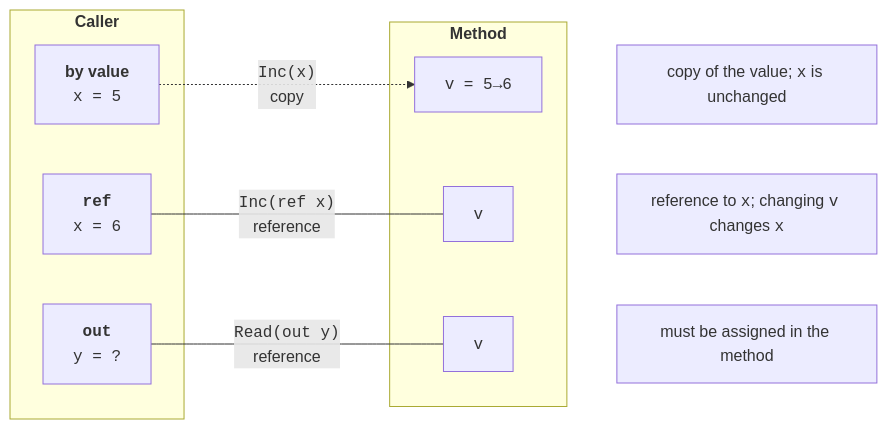
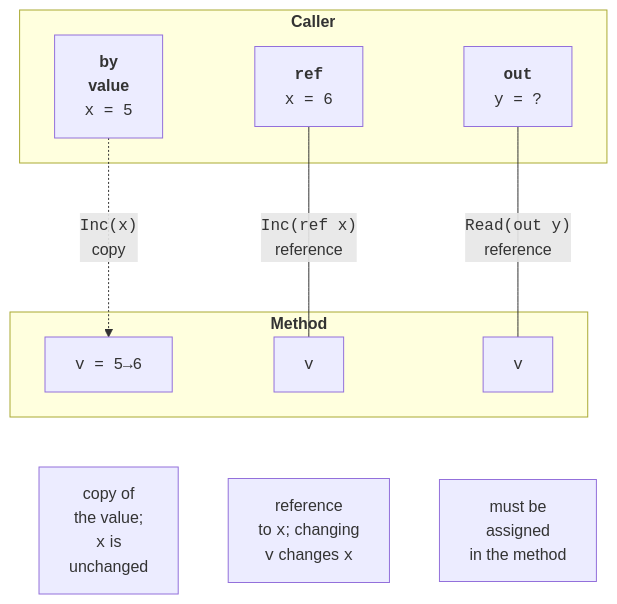
The diagram in src/courses/csharp/05-methods/parameters.md (musicvano/Blog), drawn with Mermaid before and after one commit. The commit also changed other lines of this file and 583 other files, not shown here.

````diff
--- a/src/courses/csharp/05-methods/parameters.md
+++ b/src/courses/csharp/05-methods/parameters.md
@@ -40,19 +40,19 @@
 ```mermaid
-flowchart LR
+flowchart TB
   subgraph CALLER ["<b>Caller</b>"]
-    X1["<b>by value</b><br><code>x = 5</code>"]
+    X1["<b>by<br>value</b><br><code>x = 5</code>"]
     X2["<b><code>ref</code></b><br><code>x = 6</code>"]
     Y3["<b><code>out</code></b><br><code>y = ?</code>"]
   end
   subgraph METHOD ["<b>Method</b>"]
     V1["<code>v = 5→6</code>"]
     V2["<code>v</code>"]
     V3["<code>v</code>"]
   end
   X1 -.->|"<code>Inc(x)</code><br>copy"| V1
   X2 <---|"<code>Inc(ref x)</code><br>reference"| V2
   Y3 <---|"<code>Read(out y)</code><br>reference"| V3
-  V1 ~~~ N1["copy of the value; <code>x</code> is unchanged"]
-  V2 ~~~ N2["reference to <code>x</code>; changing <code>v</code> changes <code>x</code>"]
-  V3 ~~~ N3["must be assigned in the method"]
+  V1 ~~~ N1["copy of<br>the value;<br><code>x</code> is<br>unchanged"]
+  V2 ~~~ N2["reference<br>to <code>x</code>; changing<br><code>v</code> changes <code>x</code>"]
+  V3 ~~~ N3["must be<br>assigned<br>in the method"]
 ```
````
